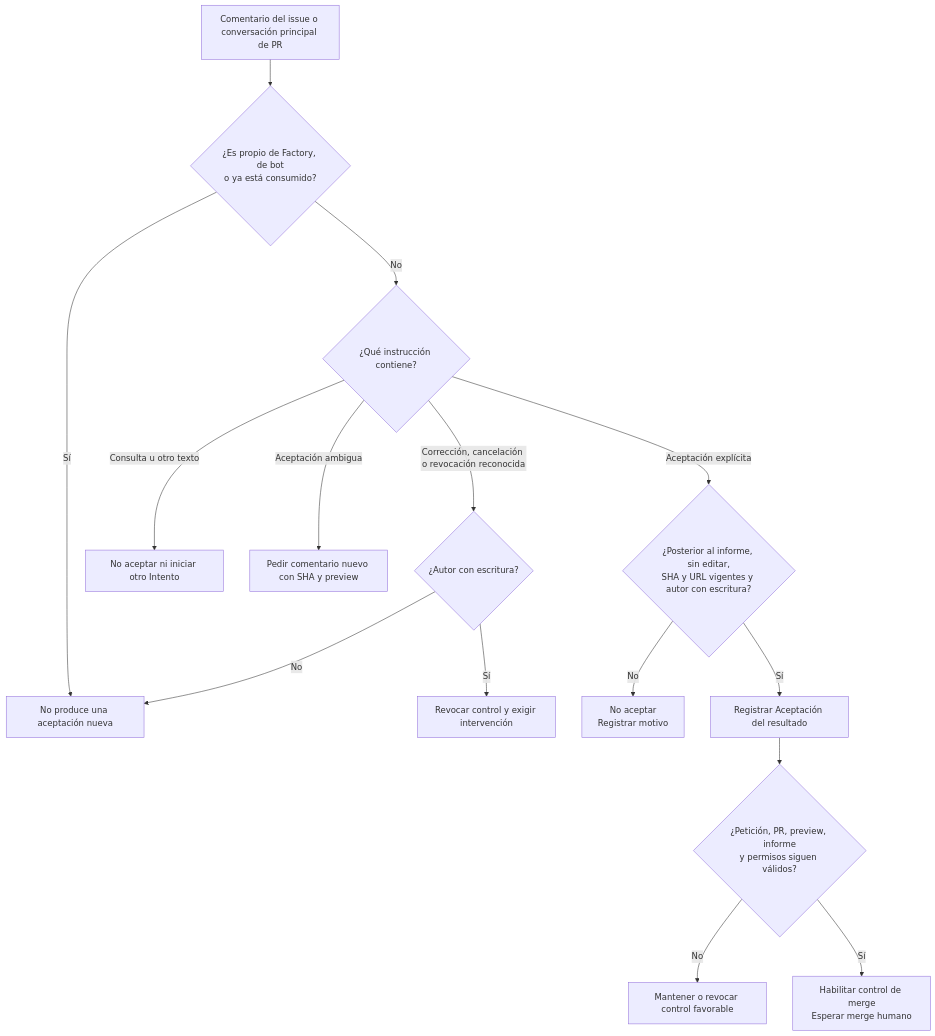
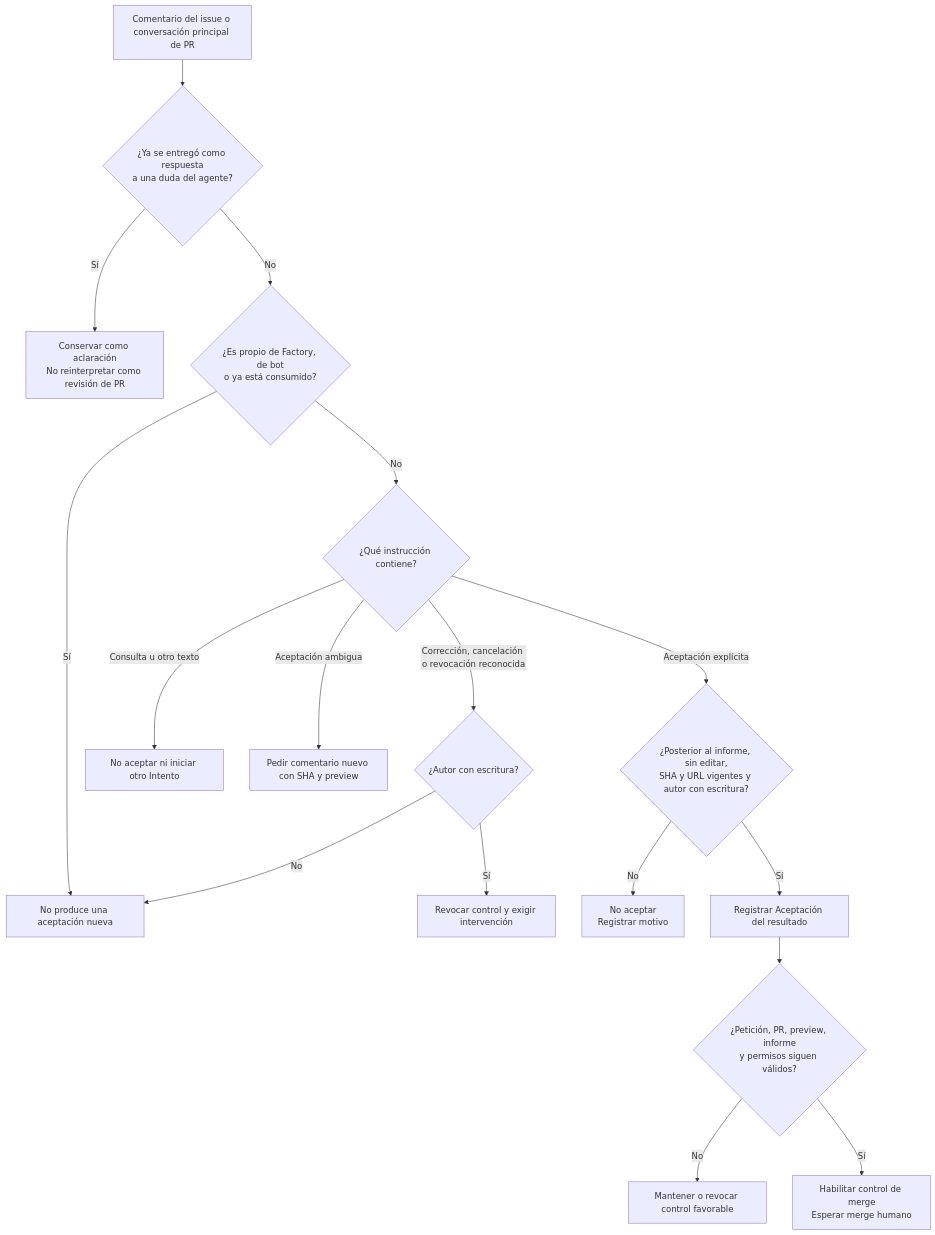
One commit to rubenbp/app-foundry changed the third of 4 diagrams in docs/manual/03-verificacion-y-aceptacion.md. Above: the diagram before and after it, drawn with Mermaid. The commit also changed other lines of this file and 10 other files, not shown here.

````diff
--- a/docs/manual/03-verificacion-y-aceptacion.md
+++ b/docs/manual/03-verificacion-y-aceptacion.md
@@ -77,17 +77,19 @@
 ```mermaid
 flowchart TD
-    C["Comentario del issue o conversación principal de PR"] --> O{"¿Es propio de Factory, de bot<br/>o ya está consumido?"}
+    C["Comentario del issue o conversación principal de PR"] --> D{"¿Ya se entregó como respuesta<br/>a una duda del agente?"}
+    D -->|"Sí"| S["Conservar como aclaración<br/>No reinterpretar como revisión de PR"]
+    D -->|"No"| O{"¿Es propio de Factory, de bot<br/>o ya está consumido?"}
     O -->|"Sí"| I["No produce una aceptación nueva"]
     O -->|"No"| K{"¿Qué instrucción contiene?"}
     K -->|"Consulta u otro texto"| Q["No aceptar ni iniciar otro Intento"]
     K -->|"Aceptación ambigua"| L["Pedir comentario nuevo con SHA y preview"]
     K -->|"Corrección, cancelación o revocación reconocida"| P{"¿Autor con escritura?"}
     P -->|"No"| I
     P -->|"Sí"| X["Revocar control y exigir intervención"]
     K -->|"Aceptación explícita"| V{"¿Posterior al informe, sin editar,<br/>SHA y URL vigentes y autor con escritura?"}
     V -->|"No"| N["No aceptar<br/>Registrar motivo"]
     V -->|"Sí"| A["Registrar Aceptación del resultado"]
     A --> R{"¿Petición, PR, preview, informe<br/>y permisos siguen válidos?"}
     R -->|"No"| B["Mantener o revocar control favorable"]
     R -->|"Sí"| M["Habilitar control de merge<br/>Esperar merge humano"]
 ```
````
